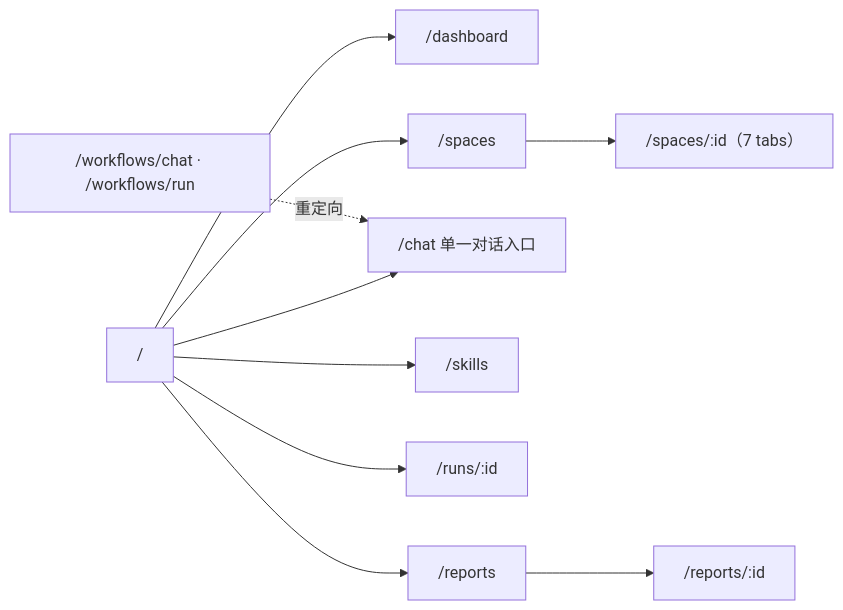
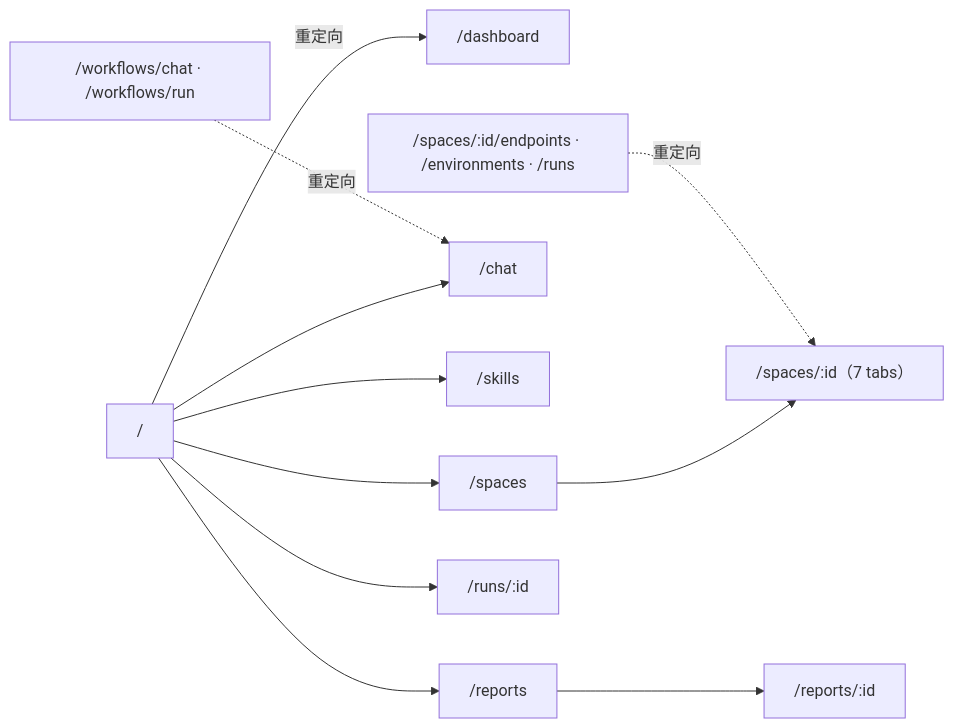
Before and after one commit to cmrhyq/TestAgents: the second of 2 diagrams in doc/design/Architecture.md, drawn with Mermaid. The commit also changed other lines of this file and 20 other files, not shown here.

````diff
--- a/doc/design/Architecture.md
+++ b/doc/design/Architecture.md
@@ -407,10 +474,11 @@
 ```mermaid
 flowchart LR
-  root["/"] --> dash["/dashboard"]
-  root --> spaces["/spaces"] --> spaceDetail["/spaces/:id（7 tabs）"]
-  root --> chat["/chat 单一对话入口"]
+  root["/"] -->|重定向| dash["/dashboard"]
+  root --> spaces["/spaces"] --> detail["/spaces/:id（7 tabs）"]
+  root --> chat["/chat"]
   root --> skills["/skills"]
+  root --> reports["/reports"] --> reportView["/reports/:id"]
   root --> runDetail["/runs/:id"]
-  root --> reports["/reports"] --> reportView["/reports/:id"]
   legacy["/workflows/chat · /workflows/run"] -.重定向.-> chat
+  oldTabs["/spaces/:id/endpoints · /environments · /runs"] -.重定向.-> detail
 ```
````
